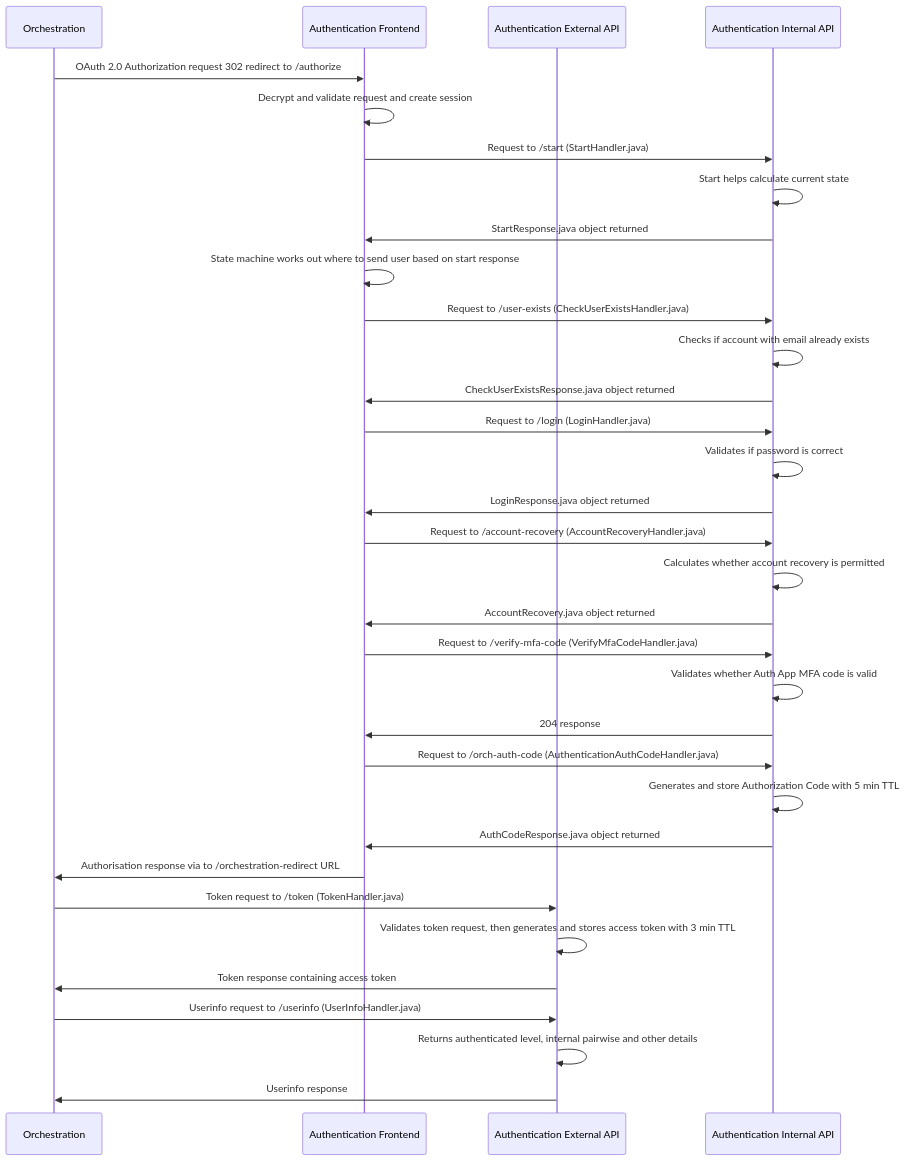
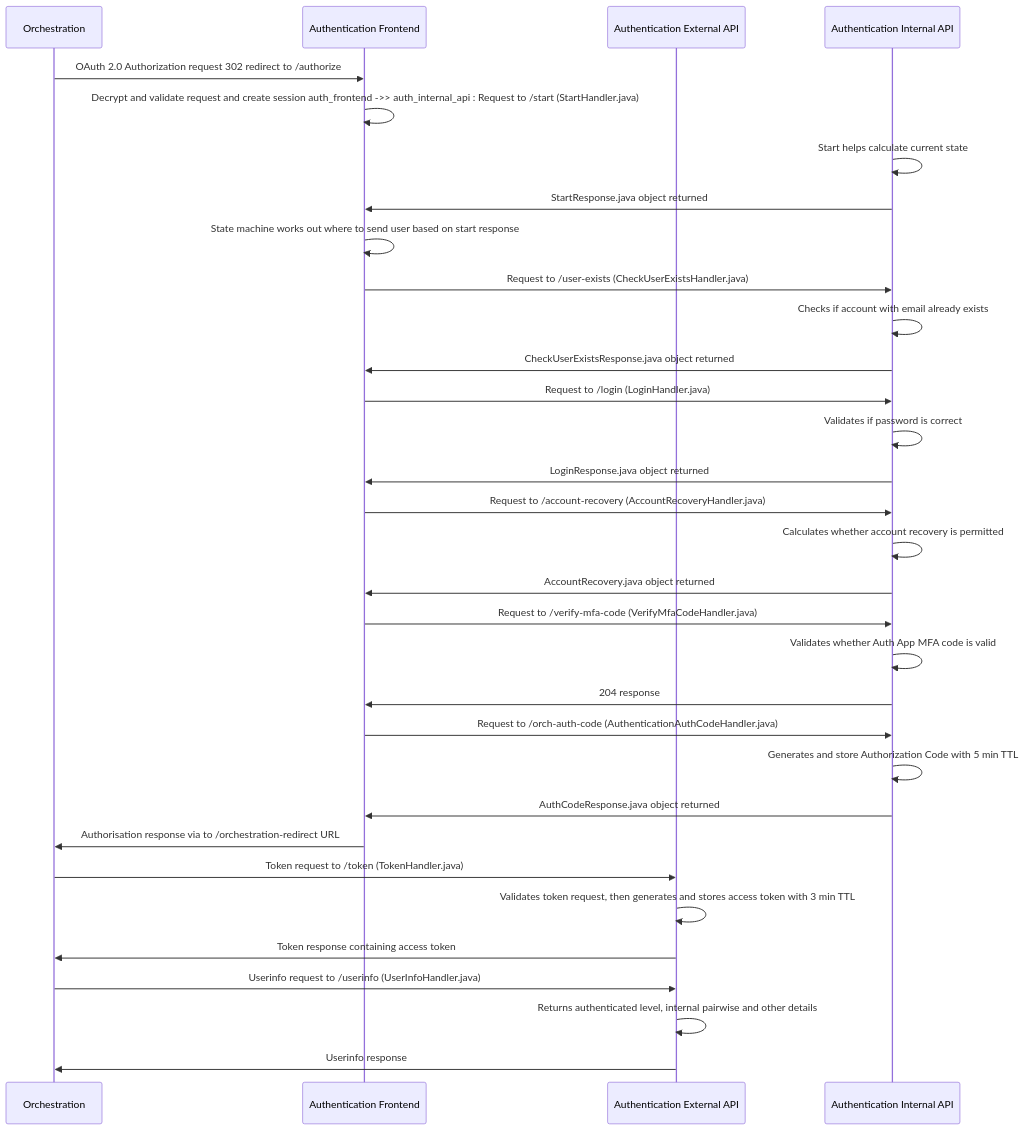
The diagram in docs/diagrams/authentication/login/login-medium-level-auth-app.mmd (govuk-one-login/authentication-api), drawn with Mermaid before and after one commit. The commit also changed 8 other files, not shown here.

```diff
--- a/docs/diagrams/authentication/login/login-medium-level-auth-app.mmd
+++ b/docs/diagrams/authentication/login/login-medium-level-auth-app.mmd
@@ -1,33 +1,32 @@
 sequenceDiagram
     participant orch_api as Orchestration
     participant auth_frontend as Authentication Frontend
     participant auth_external_api as Authentication External API
-    participant auth_internal_api as Authentication Internal API    
+    participant auth_internal_api as Authentication Internal API
     orch_api ->> auth_frontend : OAuth 2.0 Authorization request 302 redirect to /authorize
-    auth_frontend ->> auth_frontend : Decrypt and validate request and create session
-    auth_frontend ->> auth_internal_api : Request to /start (StartHandler.java)
+    auth_frontend ->> auth_frontend : Decrypt and validate request and create session    auth_frontend ->> auth_internal_api : Request to /start (StartHandler.java)
     auth_internal_api ->> auth_internal_api : Start helps calculate current state
     auth_internal_api ->> auth_frontend : StartResponse.java object returned
     auth_frontend ->> auth_frontend : State machine works out where to send user based on start response
     auth_frontend ->> auth_internal_api : Request to /user-exists (CheckUserExistsHandler.java)
     auth_internal_api ->> auth_internal_api : Checks if account with email already exists
     auth_internal_api ->> auth_frontend: CheckUserExistsResponse.java object returned
     auth_frontend ->> auth_internal_api : Request to /login (LoginHandler.java)
     auth_internal_api ->> auth_internal_api : Validates if password is correct
     auth_internal_api ->> auth_frontend: LoginResponse.java object returned
     auth_frontend ->> auth_internal_api : Request to /account-recovery (AccountRecoveryHandler.java)
     auth_internal_api ->> auth_internal_api : Calculates whether account recovery is permitted
     auth_internal_api ->> auth_frontend: AccountRecovery.java object returned
     auth_frontend ->> auth_internal_api : Request to /verify-mfa-code (VerifyMfaCodeHandler.java)
     auth_internal_api ->> auth_internal_api : Validates whether Auth App MFA code is valid
-    auth_internal_api ->> auth_frontend: 204 response 
+    auth_internal_api ->> auth_frontend: 204 response
     auth_frontend ->> auth_internal_api : Request to /orch-auth-code (AuthenticationAuthCodeHandler.java)
     auth_internal_api ->> auth_internal_api : Generates and store Authorization Code with 5 min TTL
     auth_internal_api ->> auth_frontend: AuthCodeResponse.java object returned
     auth_frontend ->> orch_api : Authorisation response via to /orchestration-redirect URL
     orch_api ->> auth_external_api: Token request to /token (TokenHandler.java)
     auth_external_api ->> auth_external_api : Validates token request, then generates and stores access token with 3 min TTL
     auth_external_api ->> orch_api : Token response containing access token
     orch_api ->> auth_external_api: Userinfo request to /userinfo (UserInfoHandler.java)
     auth_external_api ->> auth_external_api: Returns authenticated level, internal pairwise and other details
     auth_external_api ->> orch_api : Userinfo response
```
